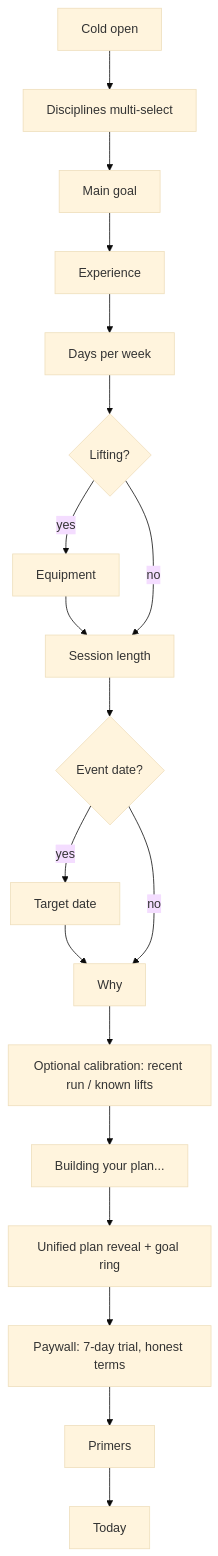
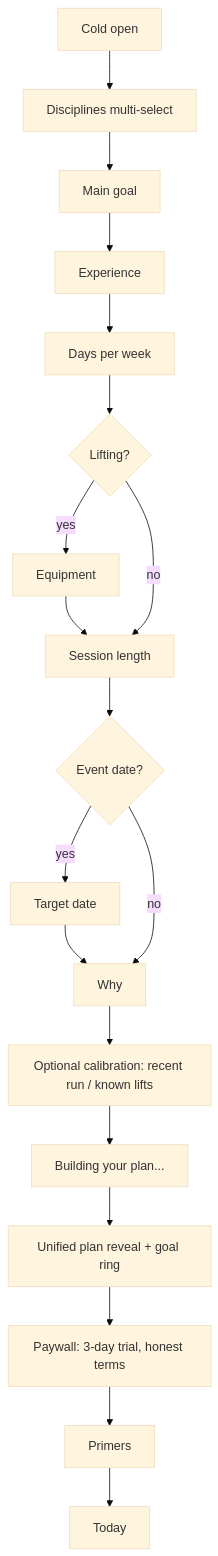
The second of 6 diagrams in docs/PRD.md (ephraimbel/momentum), drawn with Mermaid (base theme) before and after one commit. The commit also changed other lines of this file and 59 other files, not shown here.

````diff
--- a/docs/PRD.md
+++ b/docs/PRD.md
@@ -364,14 +364,14 @@
 ```mermaid
 flowchart TD
   A[Cold open] --> B[Disciplines multi-select]
   B --> C[Main goal] --> D[Experience]
   D --> E[Days per week] --> F{Lifting?}
   F -- yes --> G[Equipment] --> H[Session length]
   F -- no --> H
   H --> I{Event date?}
   I -- yes --> J[Target date] --> K[Why]
   I -- no --> K
   K --> L[Optional calibration: recent run / known lifts]
   L --> M[Building your plan...] --> N[Unified plan reveal + goal ring]
-  N --> O[Paywall: 7-day trial, honest terms] --> P[Primers] --> Today
+  N --> O[Paywall: 3-day trial, honest terms] --> P[Primers] --> Today
 ```
````
